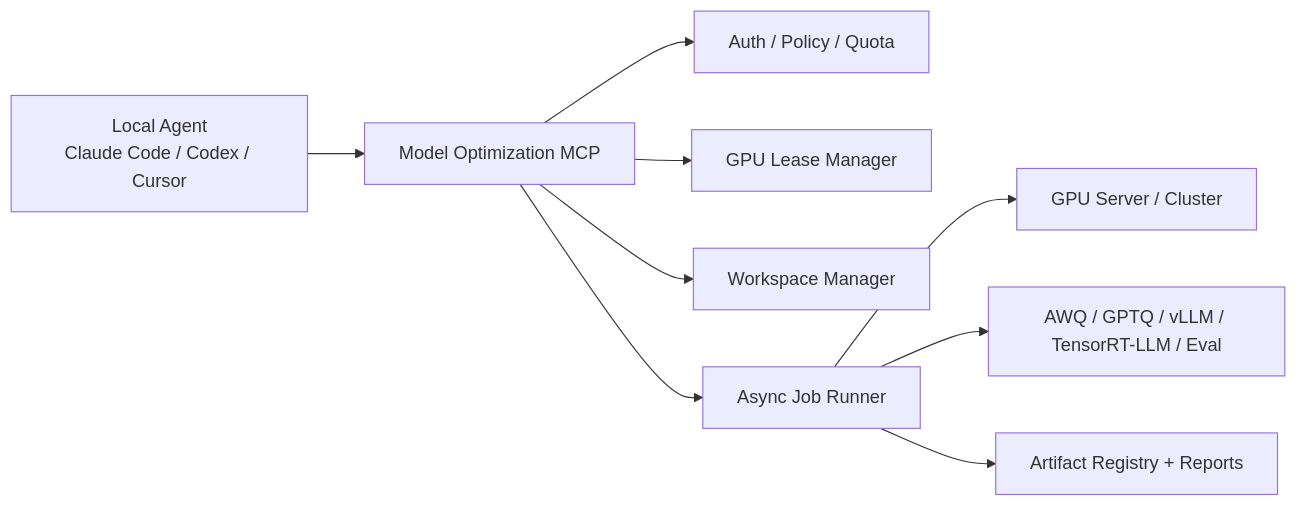
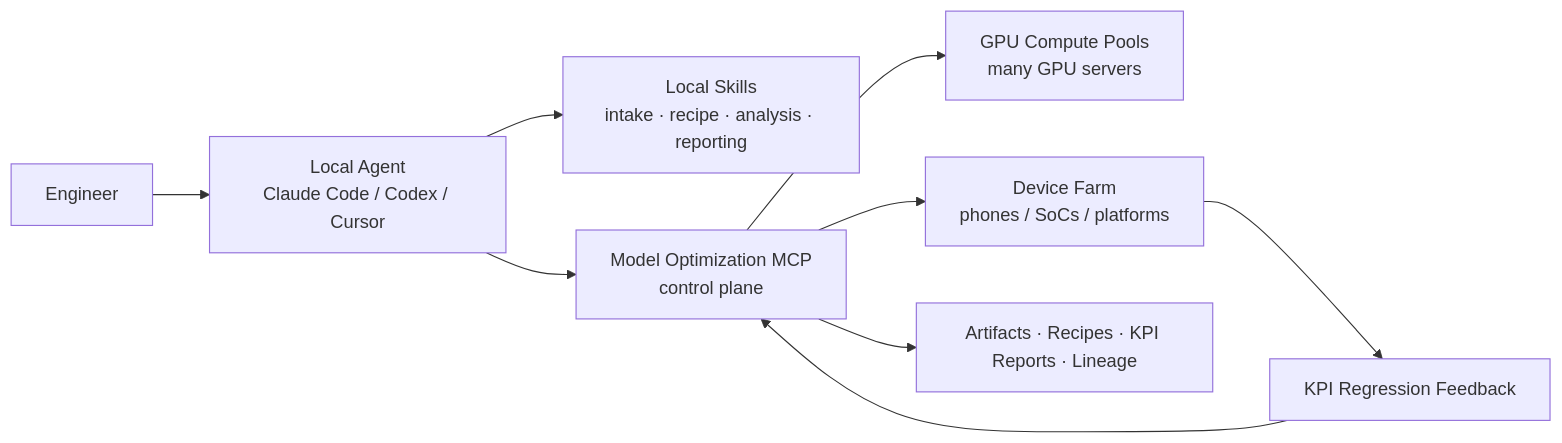
One commit to Masterzhuior/model-optimization-mcp changed the first of 2 diagrams in README.md. Above: the diagram before and after it, drawn with Mermaid. The commit also changed other lines of this file and 26 other files, not shown here.

Commit message:
Expand hybrid model optimization control plane

````diff
--- a/README.md
+++ b/README.md
@@ -34,11 +40,11 @@
 ```mermaid
 flowchart LR
-    Agent["Local Agent<br/>Claude Code / Codex / Cursor"] --> MCP["Model Optimization MCP"]
-    MCP --> Policy["Auth / Policy / Quota"]
-    MCP --> Resource["GPU Lease Manager"]
-    MCP --> Workspace["Workspace Manager"]
-    MCP --> Jobs["Async Job Runner"]
-    Jobs --> GPU["GPU Server / Cluster"]
-    Jobs --> Tools["AWQ / GPTQ / vLLM / TensorRT-LLM / Eval"]
-    Jobs --> Artifacts["Artifact Registry + Reports"]
+    Engineer["Engineer"] --> Agent["Local Agent<br/>Claude Code / Codex / Cursor"]
+    Agent --> Skills["Local Skills<br/>intake · recipe · analysis · reporting"]
+    Agent --> MCP["Model Optimization MCP<br/>control plane"]
+    MCP --> GPU["GPU Compute Pools<br/>many GPU servers"]
+    MCP --> Farm["Device Farm<br/>phones / SoCs / platforms"]
+    MCP --> Registry["Artifacts · Recipes · KPI Reports · Lineage"]
+    Farm --> Feedback["KPI Regression Feedback"]
+    Feedback --> MCP
 ```
````
